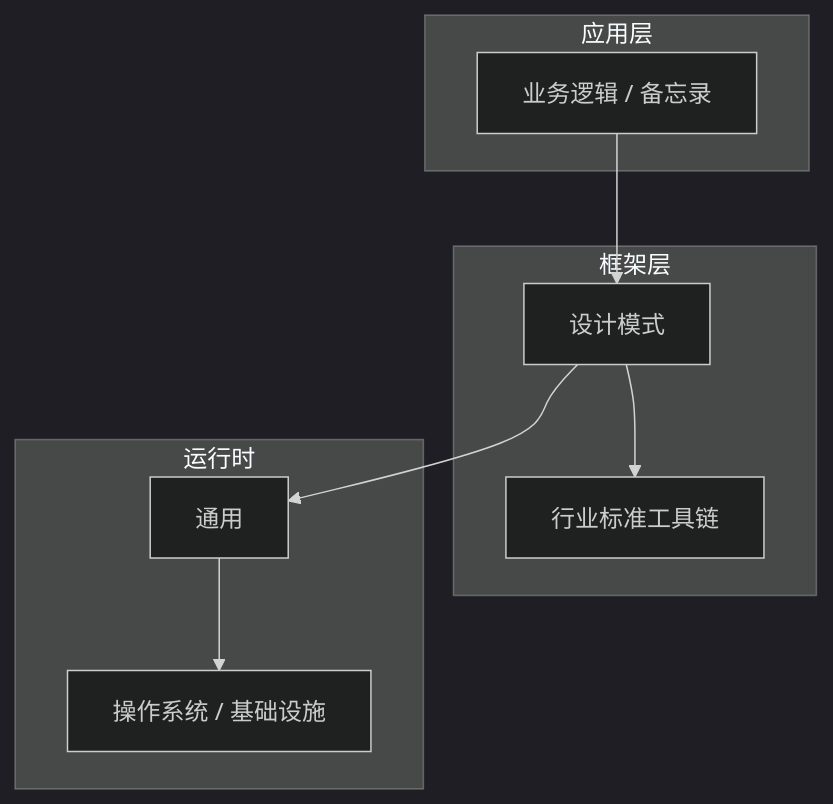
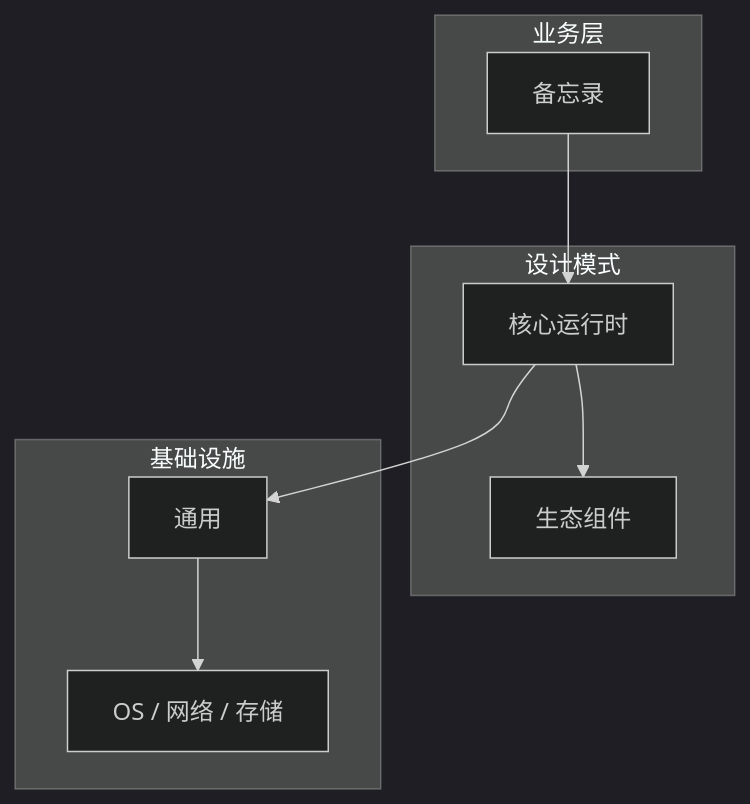
One commit to yanggan2015/knowledge-json-v2 changed the diagram in articles/设计模式/chapters/089-备忘录核心概念与原理.md. Above: the diagram before and after it, drawn with Mermaid (dark theme). The commit also changed other lines of this file and 10127 other files, not shown here.

````diff
--- a/articles/设计模式/chapters/089-备忘录核心概念与原理.md
+++ b/articles/设计模式/chapters/089-备忘录核心概念与原理.md
@@ -45,18 +34,18 @@
 ```mermaid
 graph TB
-    subgraph 应用层
-        A[业务逻辑 / 备忘录]
+    subgraph 业务层
+        A[备忘录]
     end
-    subgraph 框架层
-        B[设计模式]
-        C[行业标准工具链]
+    subgraph 设计模式
+        B[核心运行时]
+        C[生态组件]
     end
-    subgraph 运行时
+    subgraph 基础设施
         D[通用]
-        E[操作系统 / 基础设施]
+        E[OS / 网络 / 存储]
     end
     A --> B
     B --> C
     B --> D
     D --> E
 ```
````
